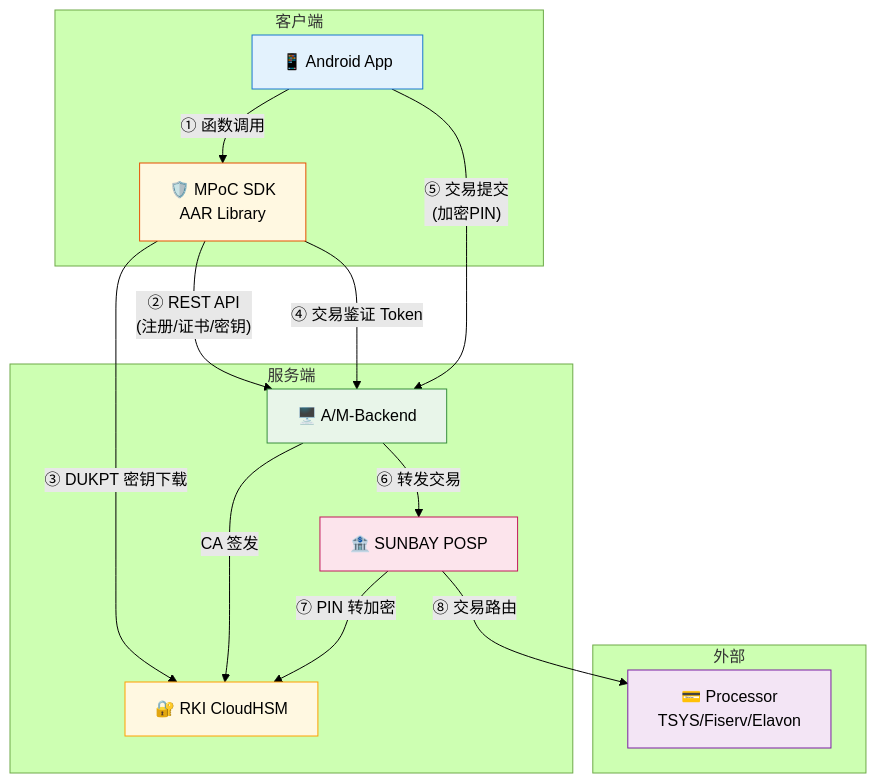
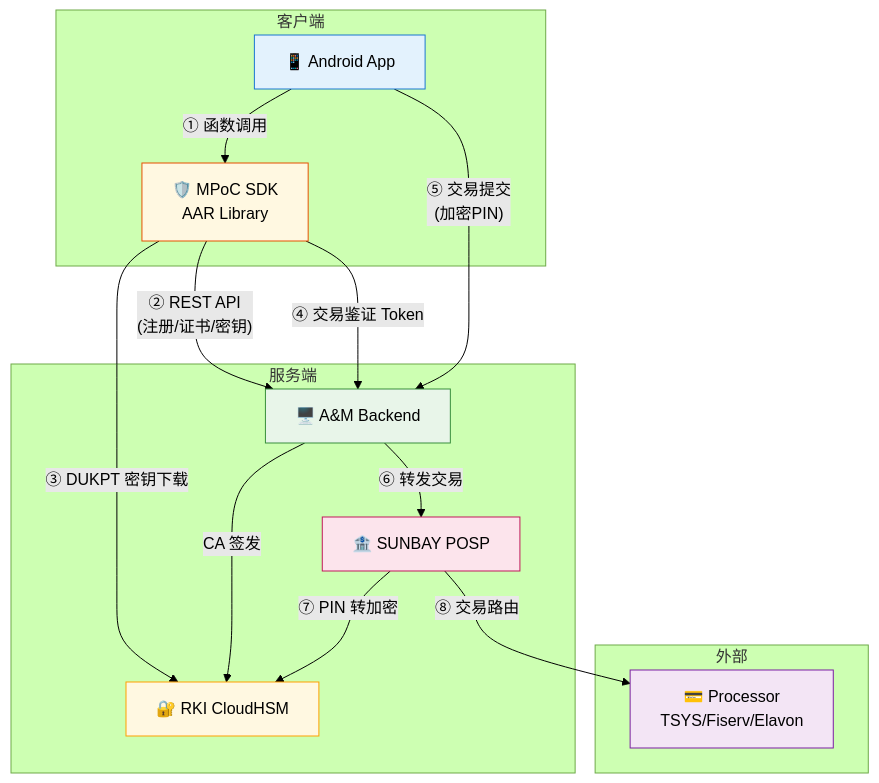
Before and after one commit to kevinwangl/sunbay-softpos-docs: the first of 21 diagrams in solution/MPOC_SDK_API_GUIDE.md, drawn with Mermaid (forest theme). The commit also changed other lines of this file, not shown here.

````diff
--- a/solution/MPOC_SDK_API_GUIDE.md
+++ b/solution/MPOC_SDK_API_GUIDE.md
@@ -72,35 +72,35 @@
 ```mermaid
 flowchart TB
     subgraph "客户端"
         App[📱 Android App]
         SDK[🛡️ MPoC SDK<br/>AAR Library]
     end
     
     subgraph "服务端"
-        Backend[🖥️ A/M-Backend]
+        Backend[🖥️ A&M Backend]
         POSP[🏦 SUNBAY POSP]
         HSM[🔐 RKI CloudHSM]
     end
     
     subgraph "外部"
         Processor[💳 Processor<br/>TSYS/Fiserv/Elavon]
     end
     
     App -->|"① 函数调用"| SDK
     SDK -->|"② REST API<br/>(注册/证书/密钥)"| Backend
     SDK -->|"③ DUKPT 密钥下载"| HSM
     Backend -->|CA 签发| HSM
     
     SDK -->|"④ 交易鉴证 Token"| Backend
     App -->|"⑤ 交易提交<br/>(加密PIN)"| Backend
     Backend -->|"⑥ 转发交易"| POSP
     POSP -->|"⑦ PIN 转加密"| HSM
     POSP -->|"⑧ 交易路由"| Processor
     
     style App fill:#e3f2fd,stroke:#1976d2
     style SDK fill:#fff8e1,stroke:#e65100
     style Backend fill:#e8f5e9,stroke:#388e3c
     style POSP fill:#fce4ec,stroke:#c2185b
     style HSM fill:#fff8e1,stroke:#ffa000
     style Processor fill:#f3e5f5,stroke:#7b1fa2
 ```
````
